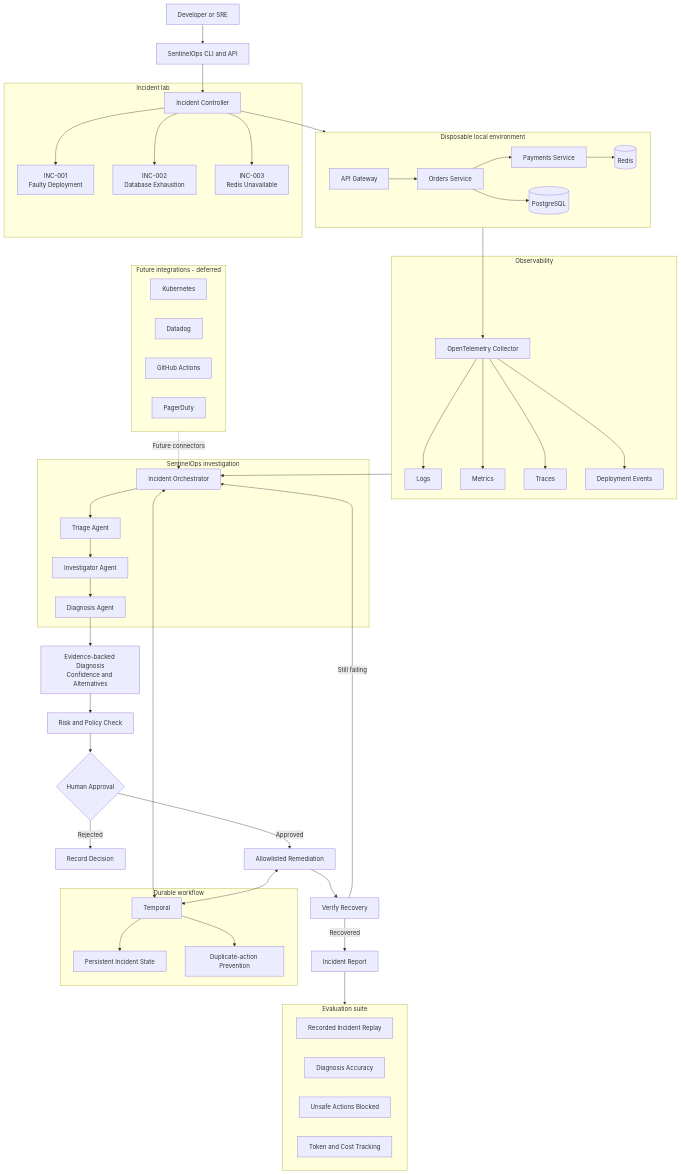
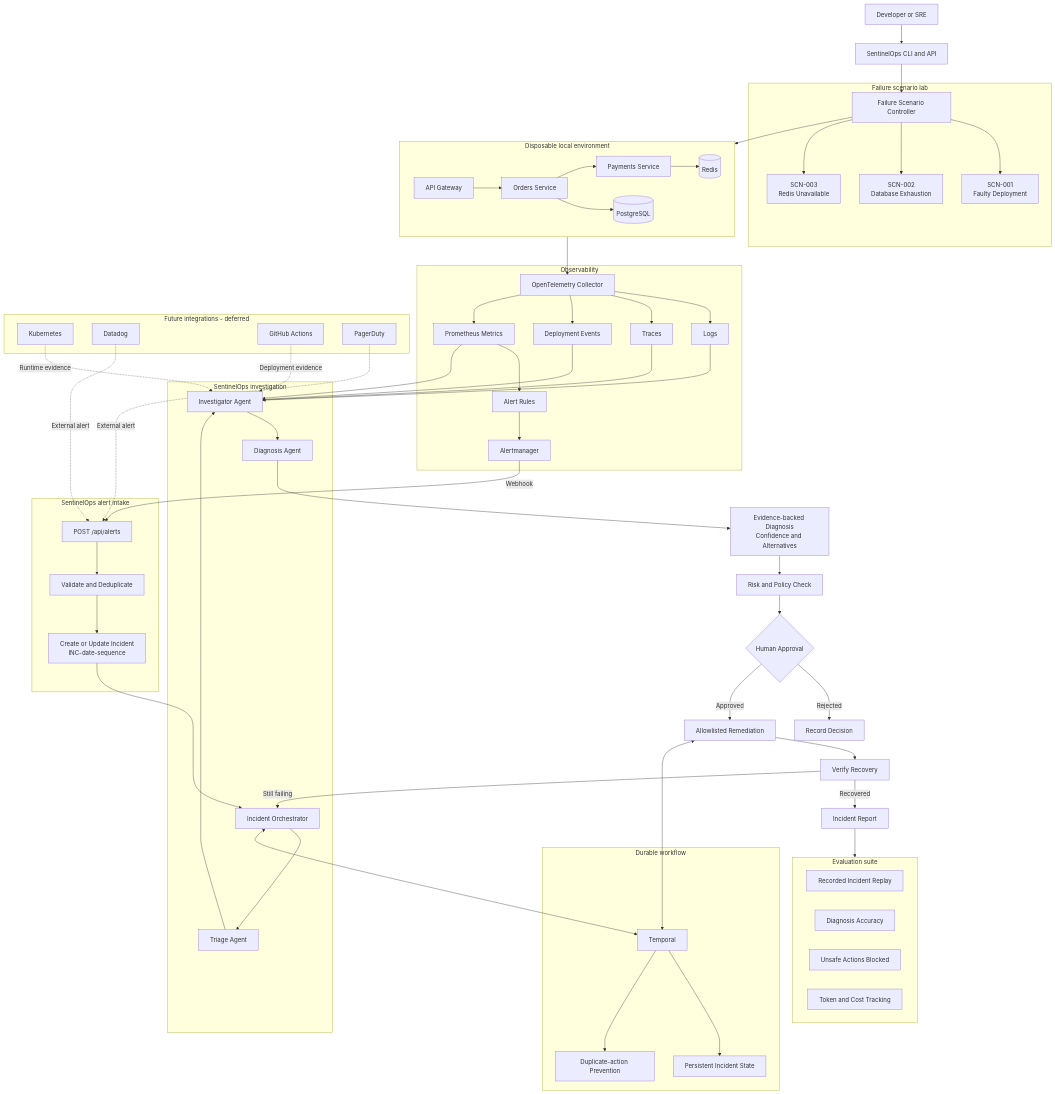
The diagram in docs/architecture.md (rishibalanagu0108/SentinelOps), drawn with Mermaid before and after one commit. The commit also changed 5 other files, not shown here.

Commit message:
docs: define alert-driven incident flow

````diff
--- a/docs/architecture.md
+++ b/docs/architecture.md
@@ -21,11 +21,11 @@
         Payments --> Redis
     end
 
-    subgraph Incidents["Incident lab"]
-        Controller["Incident Controller"]
-        I1["INC-001<br/>Faulty Deployment"]
-        I2["INC-002<br/>Database Exhaustion"]
-        I3["INC-003<br/>Redis Unavailable"]
+    subgraph Scenarios["Failure scenario lab"]
+        Controller["Failure Scenario Controller"]
+        I1["SCN-001<br/>Faulty Deployment"]
+        I2["SCN-002<br/>Database Exhaustion"]
+        I3["SCN-003<br/>Redis Unavailable"]
 
         Controller --> I1
         Controller --> I2
@@ -38,17 +38,32 @@
     subgraph Telemetry["Observability"]
         OTel["OpenTelemetry Collector"]
         Logs["Logs"]
-        Metrics["Metrics"]
         Traces["Traces"]
         Events["Deployment Events"]
+        Prometheus["Prometheus Metrics"]
+        Rules["Alert Rules"]
+        Alertmanager["Alertmanager"]
 
         OTel --> Logs
-        OTel --> Metrics
         OTel --> Traces
         OTel --> Events
+        OTel --> Prometheus
+        Prometheus --> Rules
+        Rules --> Alertmanager
     end
 
     Local --> OTel
+
+    subgraph Intake["SentinelOps alert intake"]
+        Webhook["POST /api/alerts"]
+        Validate["Validate and Deduplicate"]
+        Incident["Create or Update Incident<br/>INC-date-sequence"]
+
+        Webhook --> Validate
+        Validate --> Incident
+    end
+
+    Alertmanager -->|"Webhook"| Webhook
 
     subgraph Agents["SentinelOps investigation"]
         Orchestrator["Incident Orchestrator"]
@@ -61,7 +76,11 @@
         Investigator --> Diagnosis
     end
 
-    Telemetry --> Orchestrator
+    Incident --> Orchestrator
+    Logs --> Investigator
+    Traces --> Investigator
+    Events --> Investigator
+    Prometheus --> Investigator
     Diagnosis --> Findings["Evidence-backed Diagnosis<br/>Confidence and Alternatives"]
     Findings --> Risk["Risk and Policy Check"]
     Risk --> Approval{"Human Approval"}
@@ -100,5 +119,8 @@
         PagerDuty["PagerDuty"]
     end
 
-    Future -. "Future connectors" .-> Orchestrator
+    Datadog -. "External alert" .-> Webhook
+    PagerDuty -. "External alert" .-> Webhook
+    Kubernetes -. "Runtime evidence" .-> Investigator
+    GitHub -. "Deployment evidence" .-> Investigator
 ```
````
